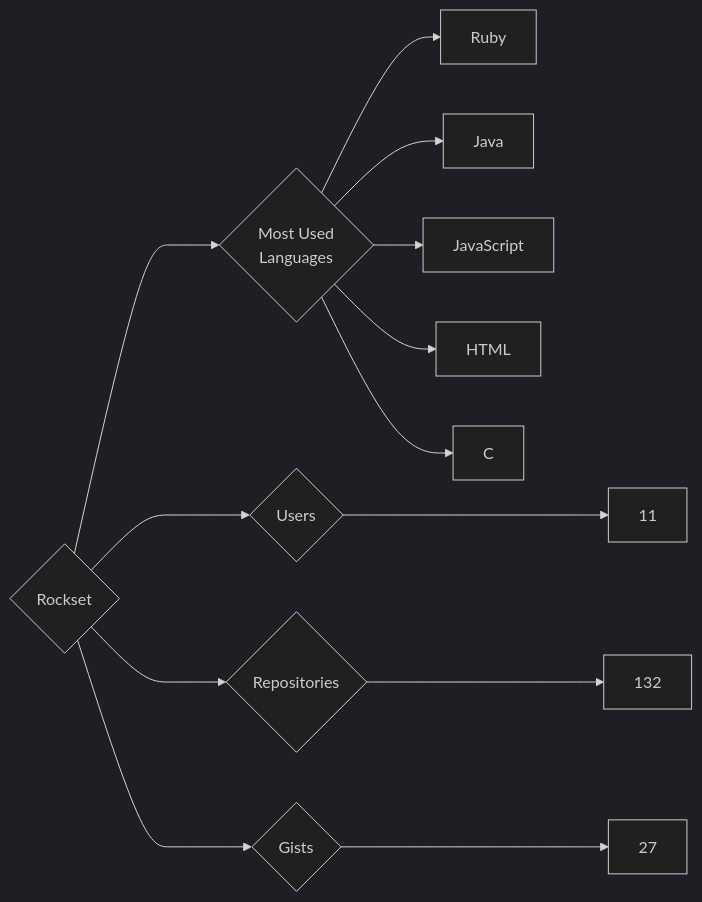
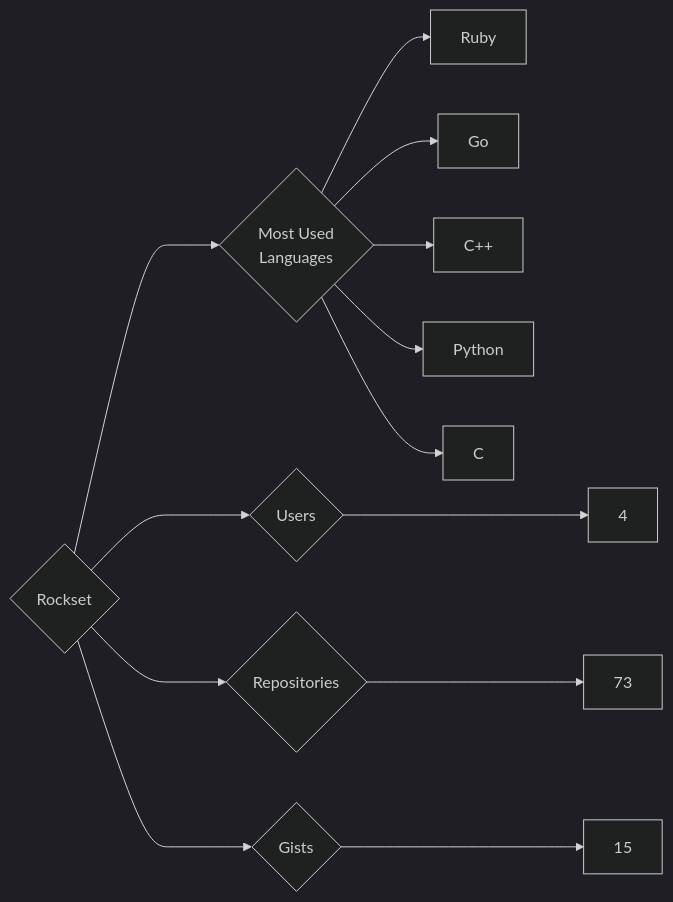
Before and after one commit to trickest/insiders: the diagram in targets/Rockset/README.md, drawn with Mermaid (dark theme). The commit also changed 773 other files, not shown here.

````diff
--- a/targets/Rockset/README.md
+++ b/targets/Rockset/README.md
@@ -3,13 +3,13 @@
 ```mermaid
 graph LR
 COMPANY_NAME{Rockset}
-COMPANY_NAME ---> U{Users} ---> UN[11]
-COMPANY_NAME ---> R{Repositories} ---> RN[132]
-COMPANY_NAME ---> G{Gists} ---> GN[27]
+COMPANY_NAME ---> U{Users} ---> UN[4]
+COMPANY_NAME ---> R{Repositories} ---> RN[73]
+COMPANY_NAME ---> G{Gists} ---> GN[15]
 COMPANY_NAME ---> ML{Most Used<br>Languages}
 ML --> Ruby[Ruby]
-ML --> Java[Java]
-ML --> JavaScript[JavaScript]
-ML --> HTML[HTML]
+ML --> Go[Go]
+ML --> C++[C++]
+ML --> Python[Python]
 ML --> C[C]
 ```
````
